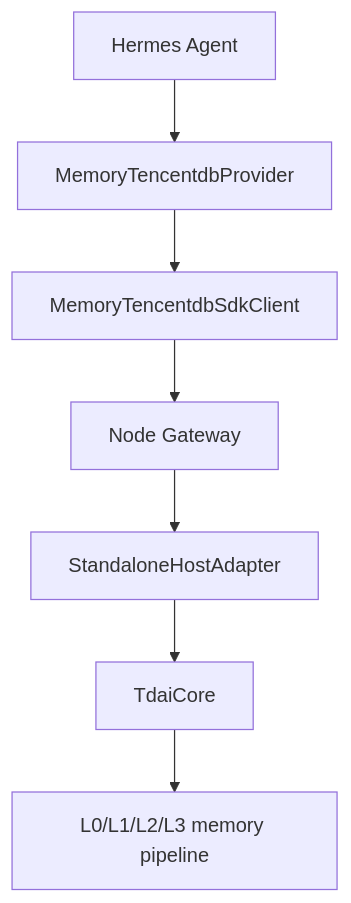
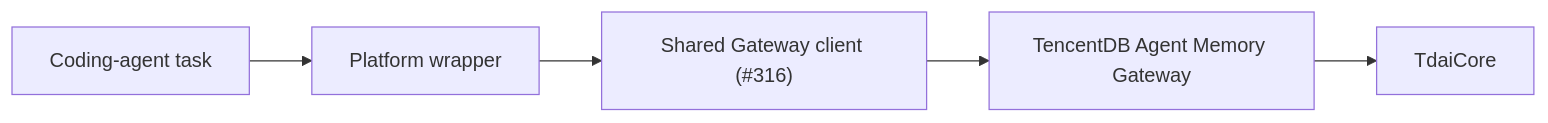
Before and after one commit to TencentCloud/TencentDB-Agent-Memory: the diagram in docs/adapters/codex-claude-code.md, drawn with Mermaid. The commit also changed other lines of this file and 4 other files, not shown here.

Commit message:
docs(adapter): re-scope coding-agent integration guide

````diff
--- a/docs/adapters/codex-claude-code.md
+++ b/docs/adapters/codex-claude-code.md
@@ -95,9 +19,7 @@
 ```mermaid
-flowchart TD
-  A["Hermes Agent"] --> B["MemoryTencentdbProvider"]
-  B --> C["MemoryTencentdbSdkClient"]
-  C --> D["Node Gateway"]
-  D --> E["StandaloneHostAdapter"]
-  E --> F["TdaiCore"]
-  F --> G["L0/L1/L2/L3 memory pipeline"]
+flowchart LR
+  A["Coding-agent task"] --> B["Platform wrapper"]
+  B --> C["Shared Gateway client (#316)"]
+  C --> D["TencentDB Agent Memory Gateway"]
+  D --> E["TdaiCore"]
 ```
````
